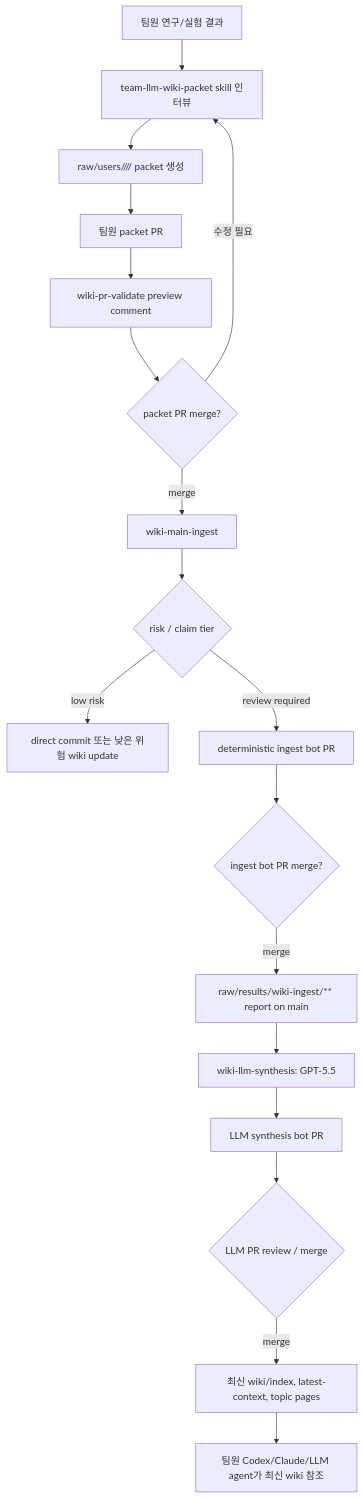
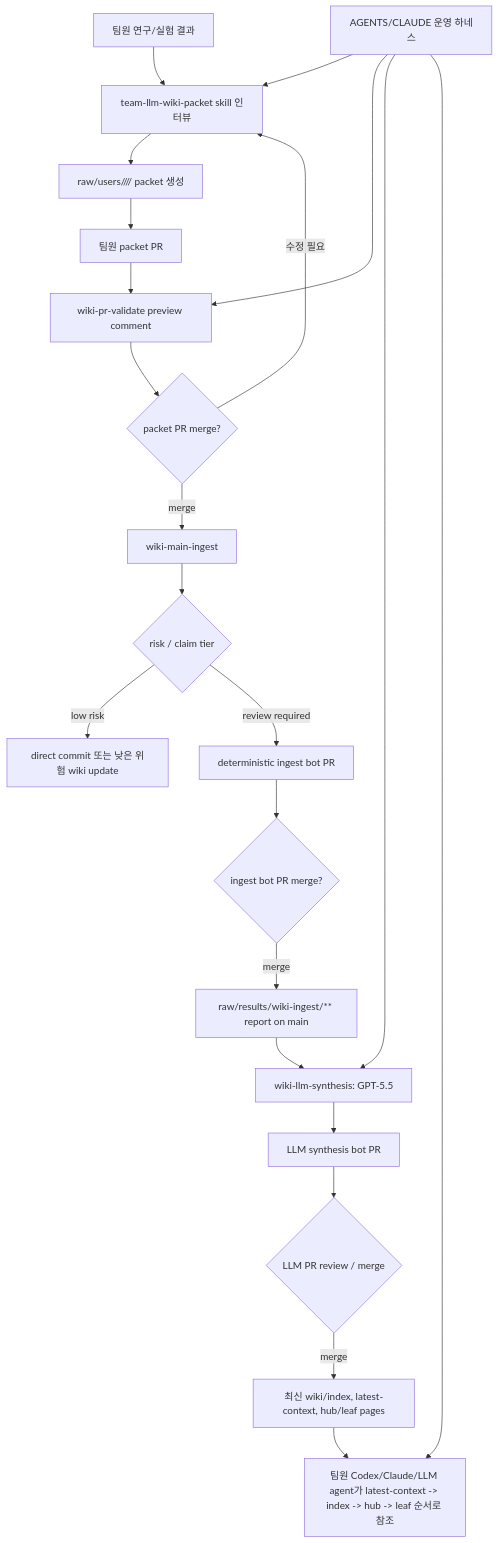
The first of 2 diagrams in README.md (chunryongoh/team_llm_wiki), drawn with Mermaid before and after one commit. The commit also changed other lines of this file and 24 other files, not shown here.

````diff
--- a/README.md
+++ b/README.md
@@ -11,20 +11,24 @@
 ```mermaid
 flowchart TD
     A["팀원 연구/실험 결과"] --> B["team-llm-wiki-packet skill 인터뷰"]
     B --> C["raw/users/<owner>/<category>/<date-slug>/ packet 생성"]
     C --> D["팀원 packet PR"]
+    R["AGENTS/CLAUDE 운영 하네스"] --> B
+    R --> E
+    R --> M
+    R --> Q
     D --> E["wiki-pr-validate preview comment"]
     E --> F{"packet PR merge?"}
     F -->|merge| G["wiki-main-ingest"]
     F -->|수정 필요| B
     G --> H{"risk / claim tier"}
     H -->|low risk| I["direct commit 또는 낮은 위험 wiki update"]
     H -->|review required| J["deterministic ingest bot PR"]
     J --> K{"ingest bot PR merge?"}
     K -->|merge| L["raw/results/wiki-ingest/** report on main"]
     L --> M["wiki-llm-synthesis: GPT-5.5"]
     M --> N["LLM synthesis bot PR"]
     N --> O{"LLM PR review / merge"}
-    O -->|merge| P["최신 wiki/index, latest-context, topic pages"]
-    P --> Q["팀원 Codex/Claude/LLM agent가 최신 wiki 참조"]
+    O -->|merge| P["최신 wiki/index, latest-context, hub/leaf pages"]
+    P --> Q["팀원 Codex/Claude/LLM agent가 latest-context -> index -> hub -> leaf 순서로 참조"]
 ```
````
